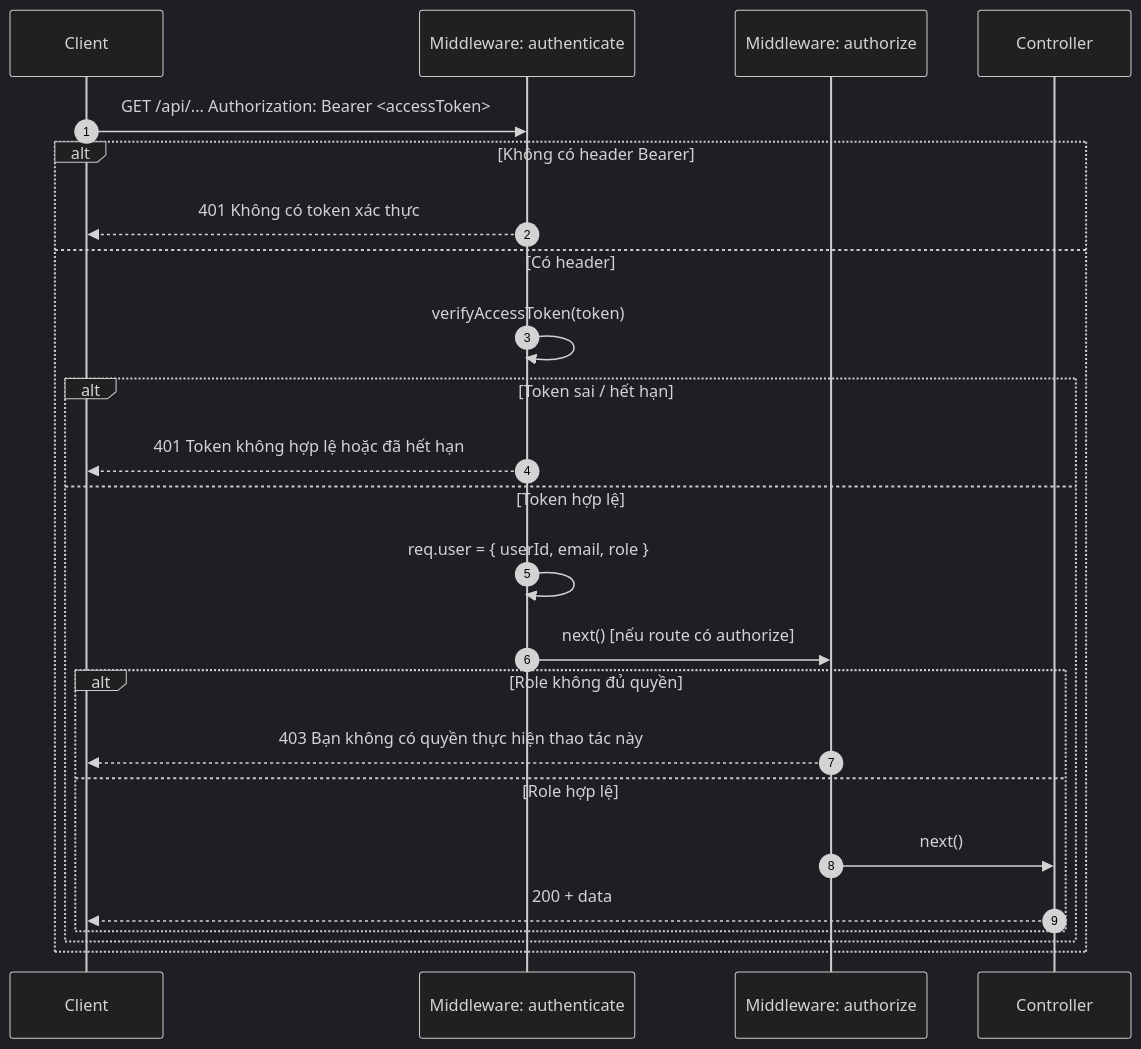
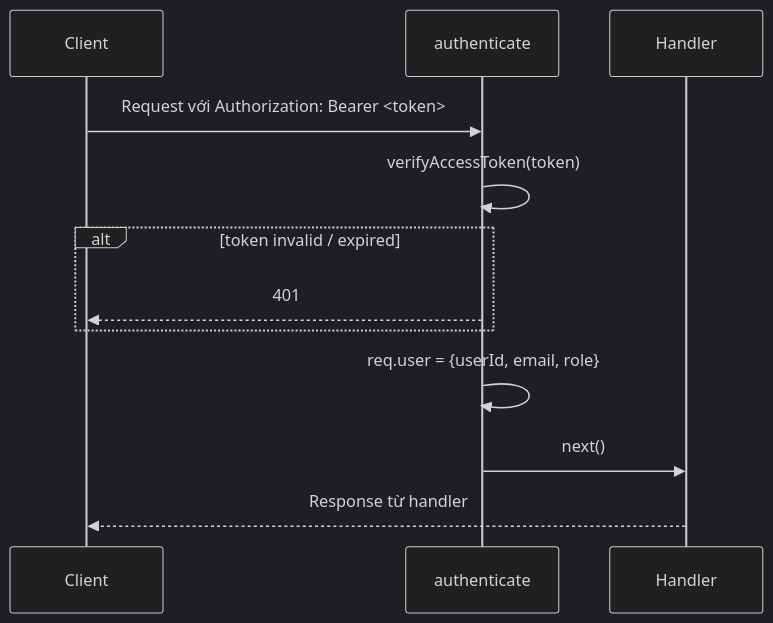
The seventh of 7 diagrams in docs/Auth/SequenceDiagram.md (phamvinh203/mobivexa), drawn with Mermaid (dark theme) before and after one commit. The commit also changed other lines of this file and 79 other files, not shown here.

Commit message:
📜 Add documentation for Inventory and Favorite modules including Use Cases, API Specifications, and Activity Diagrams

````diff
--- a/docs/Auth/SequenceDiagram.md
+++ b/docs/Auth/SequenceDiagram.md
@@ -217,27 +152,15 @@
 ```mermaid
 sequenceDiagram
-    autonumber
     participant C as Client
-    participant Auth as Middleware: authenticate
-    participant Authz as Middleware: authorize
-    participant Ctrl as Controller
+    participant MW as authenticate
+    participant H as Handler
 
-    C->>Auth: GET /api/... Authorization: Bearer <accessToken>
-    alt Không có header Bearer
-        Auth-->>C: 401 Không có token xác thực
-    else Có header
-        Auth->>Auth: verifyAccessToken(token)
-        alt Token sai / hết hạn
-            Auth-->>C: 401 Token không hợp lệ hoặc đã hết hạn
-        else Token hợp lệ
-            Auth->>Auth: req.user = { userId, email, role }
-            Auth->>Authz: next() [nếu route có authorize]
-            alt Role không đủ quyền
-                Authz-->>C: 403 Bạn không có quyền thực hiện thao tác này
-            else Role hợp lệ
-                Authz->>Ctrl: next()
-                Ctrl-->>C: 200 + data
-            end
-        end
+    C->>MW: Request với Authorization: Bearer <token>
+    MW->>MW: verifyAccessToken(token)
+    alt token invalid / expired
+        MW-->>C: 401
     end
+    MW->>MW: req.user = {userId, email, role}
+    MW->>H: next()
+    H-->>C: Response từ handler
 ```
````
